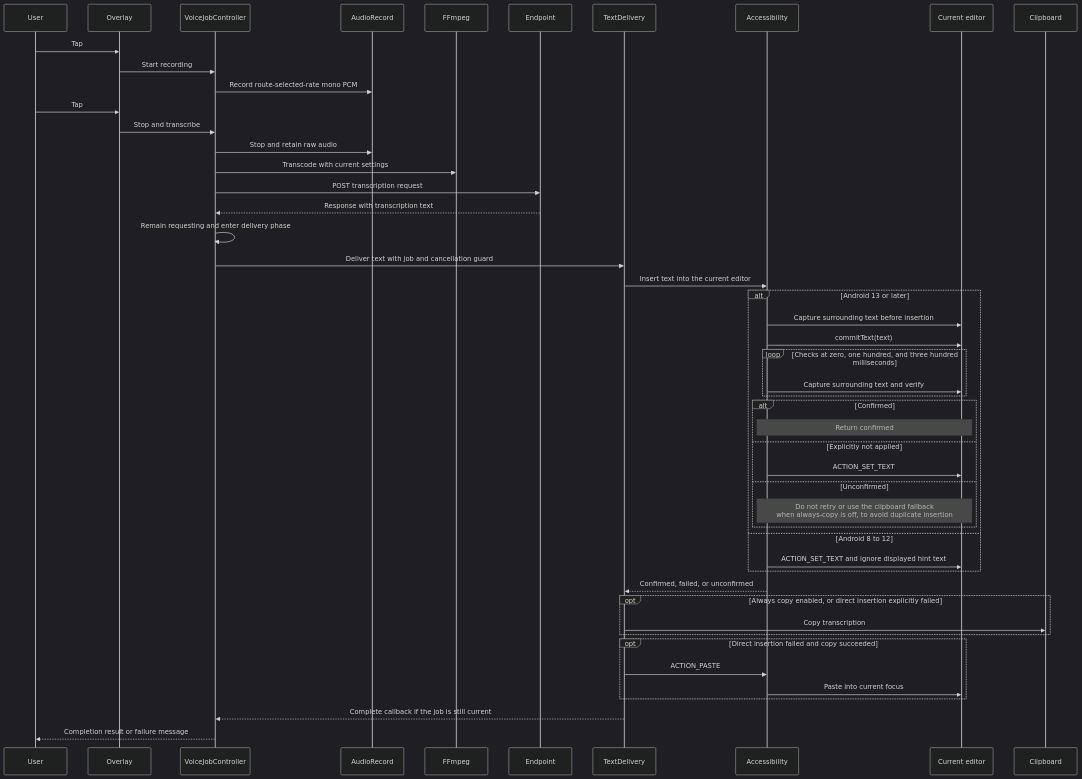
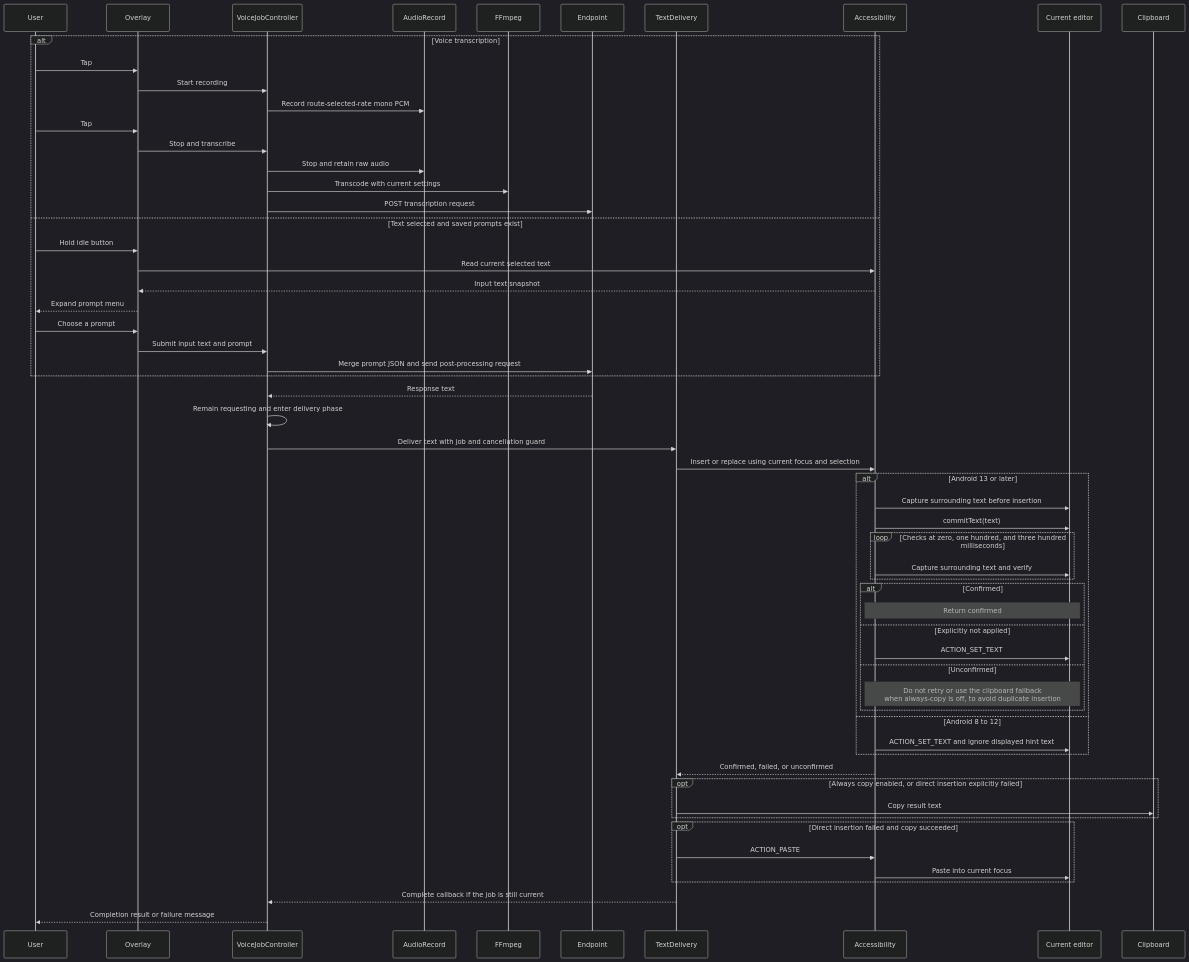
One commit to Joey-Kot/Dictate changed the second of 3 diagrams in README.md. Above: the diagram before and after it, drawn with Mermaid (dark theme). The commit also changed other lines of this file and 93 other files, not shown here.

First line of the commit message:
feat: add text rewriting and multilingual settings

````diff
--- a/README.md
+++ b/README.md
@@ -61,62 +76,71 @@
 ```mermaid
 sequenceDiagram
   participant U as User
   participant O as Overlay
   participant J as VoiceJobController
   participant R as AudioRecord
   participant F as FFmpeg
   participant P as Endpoint
   participant D as TextDelivery
   participant A as Accessibility
   participant E as Current editor
   participant C as Clipboard
 
-  U->>O: Tap
-  O->>J: Start recording
-  J->>R: Record route-selected-rate mono PCM
-
-  U->>O: Tap
-  O->>J: Stop and transcribe
-  J->>R: Stop and retain raw audio
-  J->>F: Transcode with current settings
-  J->>P: POST transcription request
-  P-->>J: Response with transcription text
+  alt Voice transcription
+    U->>O: Tap
+    O->>J: Start recording
+    J->>R: Record route-selected-rate mono PCM
+    U->>O: Tap
+    O->>J: Stop and transcribe
+    J->>R: Stop and retain raw audio
+    J->>F: Transcode with current settings
+    J->>P: POST transcription request
+  else Text selected and saved prompts exist
+    U->>O: Hold idle button
+    O->>A: Read current selected text
+    A-->>O: Input text snapshot
+    O-->>U: Expand prompt menu
+    U->>O: Choose a prompt
+    O->>J: Submit input text and prompt
+    J->>P: Merge prompt JSON and send post-processing request
+  end
+  P-->>J: Response text
 
   J->>J: Remain requesting and enter delivery phase
   J->>D: Deliver text with job and cancellation guard
-  D->>A: Insert text into the current editor
+  D->>A: Insert or replace using current focus and selection
 
   alt Android 13 or later
     A->>E: Capture surrounding text before insertion
     A->>E: commitText(text)
 
     loop Checks at zero, one hundred, and three hundred milliseconds
       A->>E: Capture surrounding text and verify
     end
 
     alt Confirmed
       Note over A,E: Return confirmed
     else Explicitly not applied
       A->>E: ACTION_SET_TEXT
     else Unconfirmed
       Note over A,E: Do not retry or use the clipboard fallback<br/>when always-copy is off, to avoid duplicate insertion
     end
 
   else Android 8 to 12
     A->>E: ACTION_SET_TEXT and ignore displayed hint text
   end
 
   A-->>D: Confirmed, failed, or unconfirmed
 
   opt Always copy enabled, or direct insertion explicitly failed
-    D->>C: Copy transcription
+    D->>C: Copy result text
   end
 
   opt Direct insertion failed and copy succeeded
     D->>A: ACTION_PASTE
     A->>E: Paste into current focus
   end
 
   D-->>J: Complete callback if the job is still current
   J-->>U: Completion result or failure message
 ```
````
